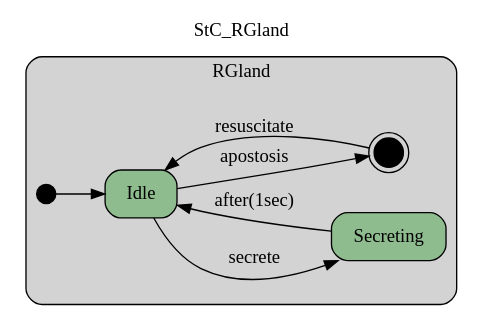
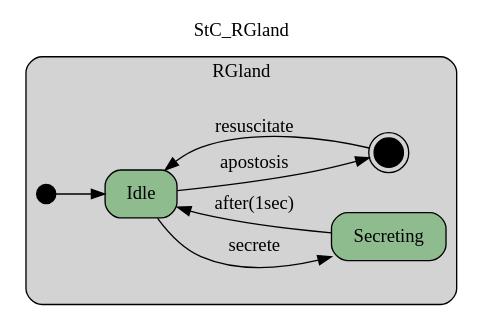
Before and after one commit to namalio/Fragmenta: the diagram in Haskell/Statecharts/Examples/img/StC_RGland.gv, drawn with Graphviz. The commit also changed other lines of this file and 70 other files, not shown here.

```diff
--- a/Haskell/Statecharts/Examples/img/StC_RGland.gv
+++ b/Haskell/Statecharts/Examples/img/StC_RGland.gv
@@ -1,22 +1,22 @@
 digraph {
 compound=true;
 rankdir=LR;
 label="StC_RGland";
 labelloc=t;
 subgraph cluster_RGland {
 style="filled,rounded";
 label ="RGland";
 fillcolor = lightgray;
 init_St [shape = point,fillcolor=black,height=.2,width=.2,label=""];
 
-Idle [shape=box,fillcolor=darkseagreen,style="filled,rounded",label=Idle];
 Secreting [shape=box,fillcolor=darkseagreen,style="filled,rounded",label=Secreting];
 final_St [shape=doublecircle,height=.3,width=.3,fixedsize=true,fillcolor=black,style=filled,label=""];
+Idle [shape=box,fillcolor=darkseagreen,style="filled,rounded",label=Idle];
 
 init_St->Idle[label="",  ];
+Secreting->Idle[label="after(1sec)",  ];
+final_St->Idle[label="resuscitate",  ];
+Idle->final_St[label="apostosis",  ];
 Idle->Secreting[label="secrete",  ];
-Secreting->Idle[label="after(1sec)",  ];
-Idle->final_St[label="apostosis",  ];
-final_St->Idle[label="resuscitate",  ];
 }
 }
```
